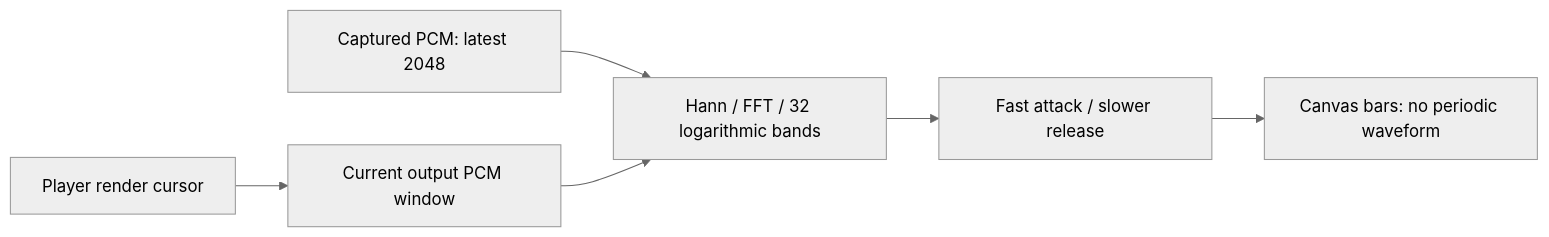
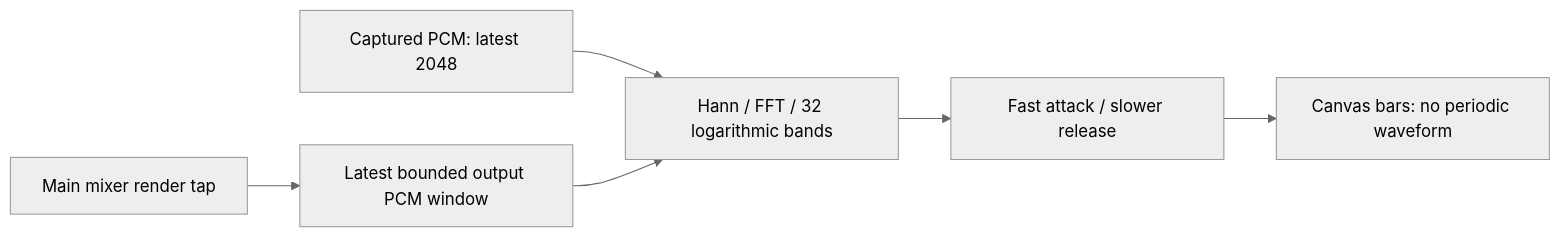
One commit to devilyouwei/MobileHarness changed the third of 3 diagrams in MobileHarness/PlatformKit/Audio/README.md. Above: the diagram before and after it, drawn with Mermaid (neutral theme). The commit also changed other lines of this file and 124 other files, not shown here.

````diff
--- a/MobileHarness/PlatformKit/Audio/README.md
+++ b/MobileHarness/PlatformKit/Audio/README.md
@@ -47,8 +47,8 @@
 ```mermaid
 flowchart LR
     Capture[Captured PCM: latest 2048] --> FFT[Hann / FFT / 32 logarithmic bands]
-    Player[Player render cursor] --> Window[Current output PCM window]
+    Player[Main mixer render tap] --> Window[Latest bounded output PCM window]
     Window --> FFT
     FFT --> Meter[Fast attack / slower release]
     Meter --> UI[Canvas bars: no periodic waveform]
 ```
````
